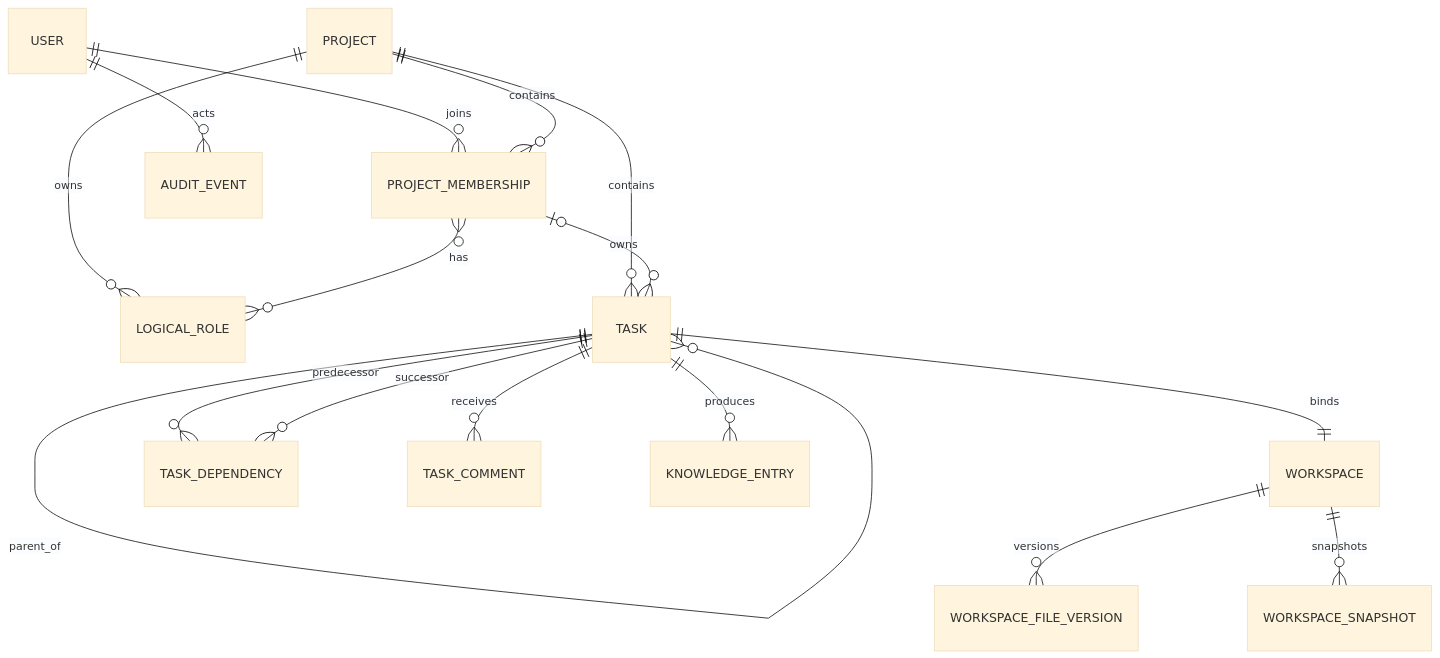
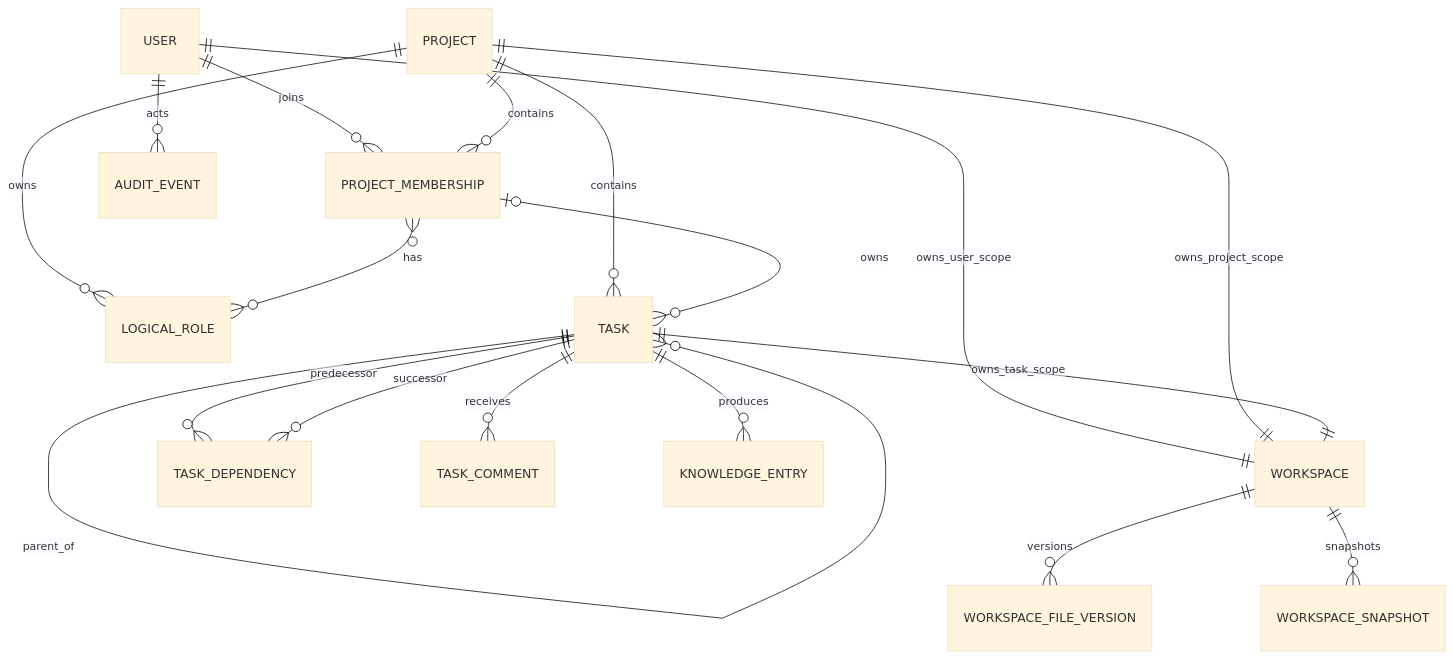
Before and after one commit to V-sion-V/NGAPD: the first of 3 diagrams in docs/02-domain-model.md, drawn with Mermaid (base theme). The commit also changed other lines of this file and 9 other files, not shown here.

````diff
--- a/docs/02-domain-model.md
+++ b/docs/02-domain-model.md
@@ -23,18 +24,20 @@
 ```mermaid
 erDiagram
     USER ||--o{ PROJECT_MEMBERSHIP : joins
     PROJECT ||--o{ PROJECT_MEMBERSHIP : contains
     PROJECT ||--o{ LOGICAL_ROLE : owns
     PROJECT_MEMBERSHIP }o--o{ LOGICAL_ROLE : has
     PROJECT ||--o{ TASK : contains
     TASK ||--o{ TASK : parent_of
     PROJECT_MEMBERSHIP o|--o{ TASK : owns
-    TASK ||--|| WORKSPACE : binds
+    USER ||--|| WORKSPACE : owns_user_scope
+    PROJECT ||--|| WORKSPACE : owns_project_scope
+    TASK ||--|| WORKSPACE : owns_task_scope
     WORKSPACE ||--o{ WORKSPACE_FILE_VERSION : versions
     WORKSPACE ||--o{ WORKSPACE_SNAPSHOT : snapshots
     TASK ||--o{ TASK_DEPENDENCY : predecessor
     TASK ||--o{ TASK_DEPENDENCY : successor
     TASK ||--o{ TASK_COMMENT : receives
     TASK ||--o{ KNOWLEDGE_ENTRY : produces
     USER ||--o{ AUDIT_EVENT : acts
 ```
````
